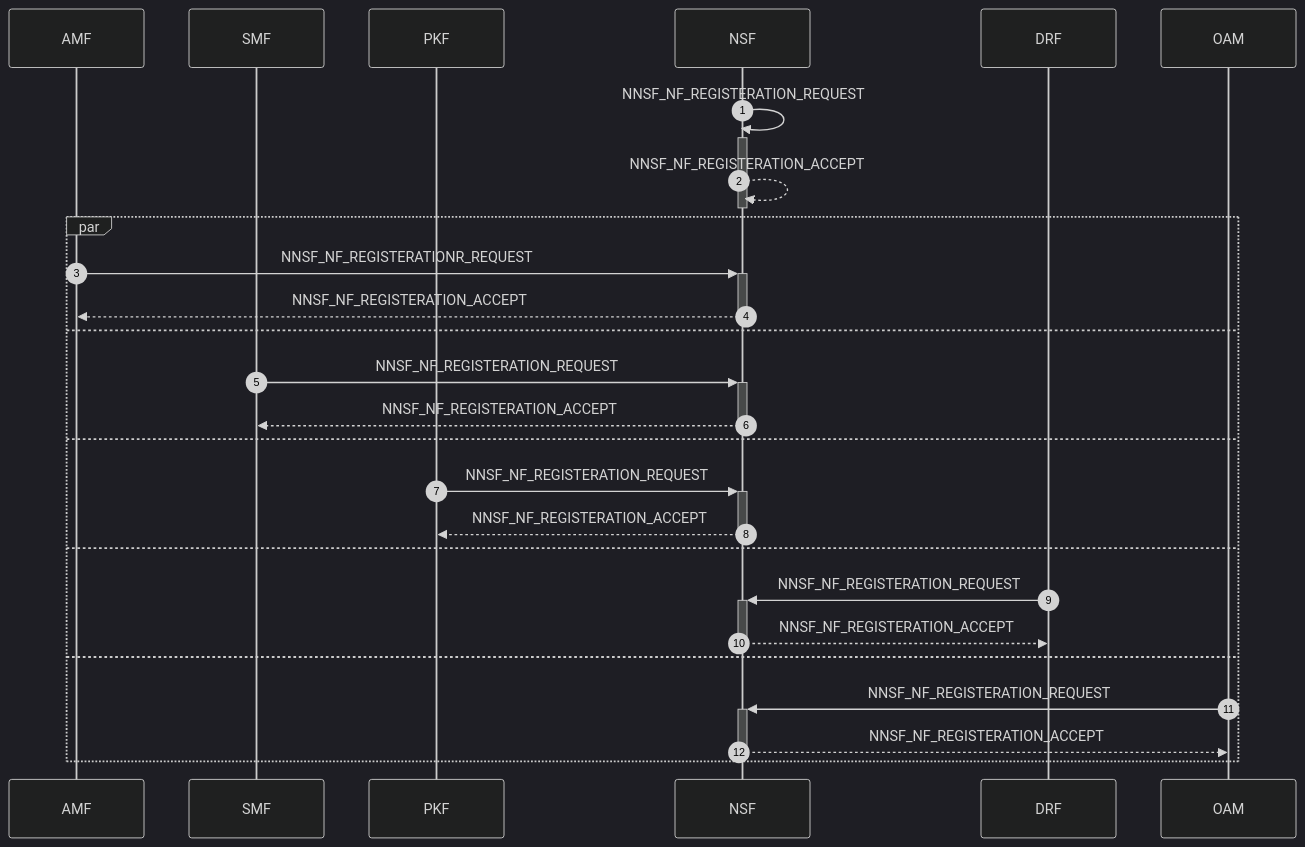
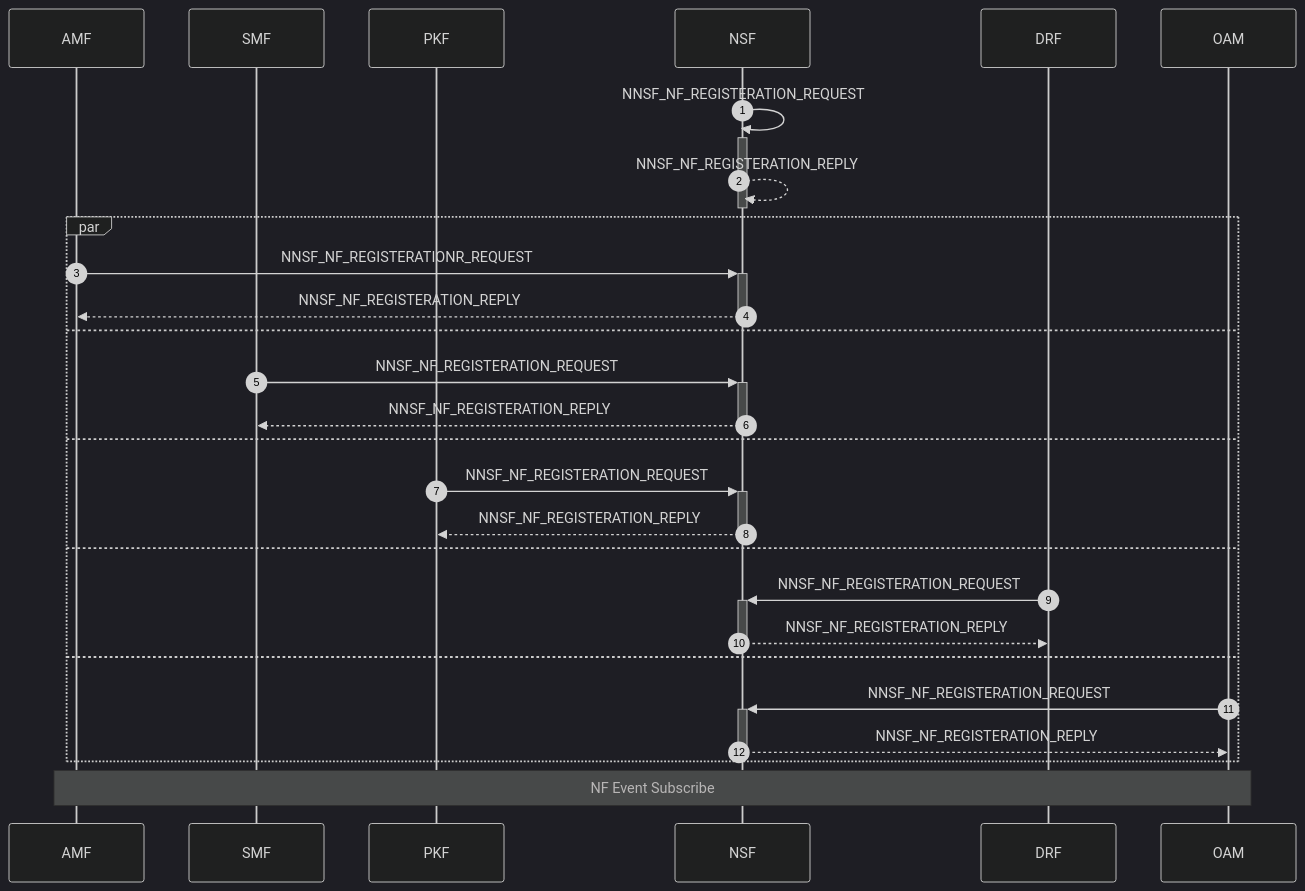
One commit to veil-link/veilink changed the first of 21 diagrams in doc/doc-spec/00-series-general/00.002-procedure.md. Above: the diagram before and after it, drawn with Mermaid (dark theme). The commit also changed other lines of this file and 1 other file, not shown here.

Commit message:
feat: oam monitoring

````diff
--- a/doc/doc-spec/00-series-general/00.002-procedure.md
+++ b/doc/doc-spec/00-series-general/00.002-procedure.md
@@ -7,31 +7,33 @@
 ```mermaid
 sequenceDiagram
     autonumber
 
     participant amf as AMF
     participant smf as SMF
     participant pkf as PKF
     participant nsf as NSF
     participant drf as DRF
     participant oam as OAM
 
     nsf ->>+ nsf: NNSF_NF_REGISTERATION_REQUEST
-    nsf -->>- nsf: NNSF_NF_REGISTERATION_ACCEPT
+    nsf -->>- nsf: NNSF_NF_REGISTERATION_REPLY
 
     par
         amf ->>+ nsf: NNSF_NF_REGISTERATIONR_REQUEST
-        nsf -->>- amf: NNSF_NF_REGISTERATION_ACCEPT
+        nsf -->>- amf: NNSF_NF_REGISTERATION_REPLY
     and
         smf ->>+ nsf: NNSF_NF_REGISTERATION_REQUEST
-        nsf -->>- smf: NNSF_NF_REGISTERATION_ACCEPT
+        nsf -->>- smf: NNSF_NF_REGISTERATION_REPLY
     and
         pkf ->>+ nsf: NNSF_NF_REGISTERATION_REQUEST
-        nsf -->>- pkf: NNSF_NF_REGISTERATION_ACCEPT
+        nsf -->>- pkf: NNSF_NF_REGISTERATION_REPLY
     and
         drf ->>+ nsf: NNSF_NF_REGISTERATION_REQUEST
-        nsf -->>- drf: NNSF_NF_REGISTERATION_ACCEPT
+        nsf -->>- drf: NNSF_NF_REGISTERATION_REPLY
     and
         oam ->>+ nsf: NNSF_NF_REGISTERATION_REQUEST
-        nsf -->>- oam: NNSF_NF_REGISTERATION_ACCEPT
+        nsf -->>- oam: NNSF_NF_REGISTERATION_REPLY
     end
+
+    Note over amf, oam: NF Event Subscribe
 ```
````
